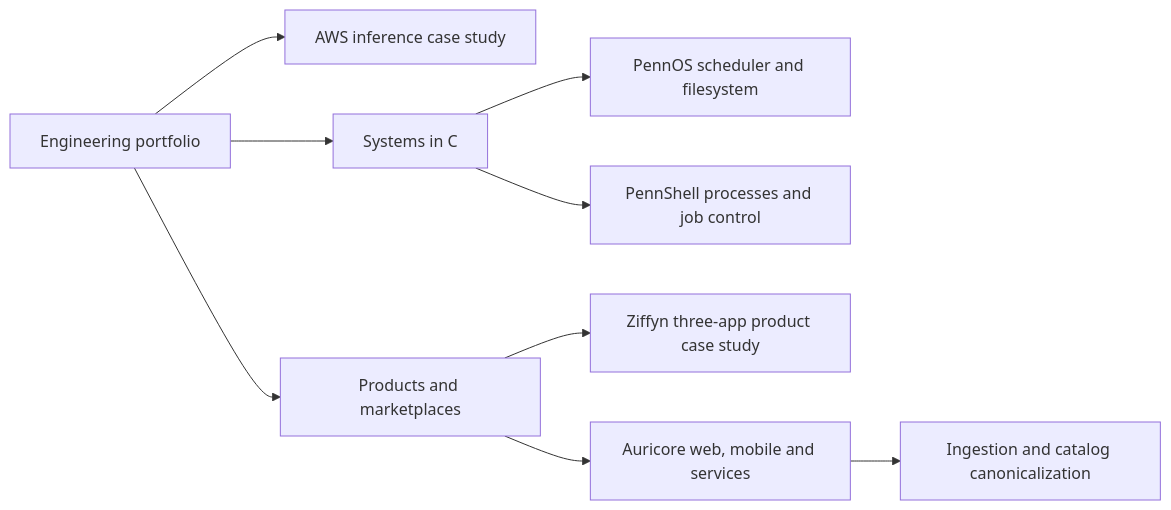
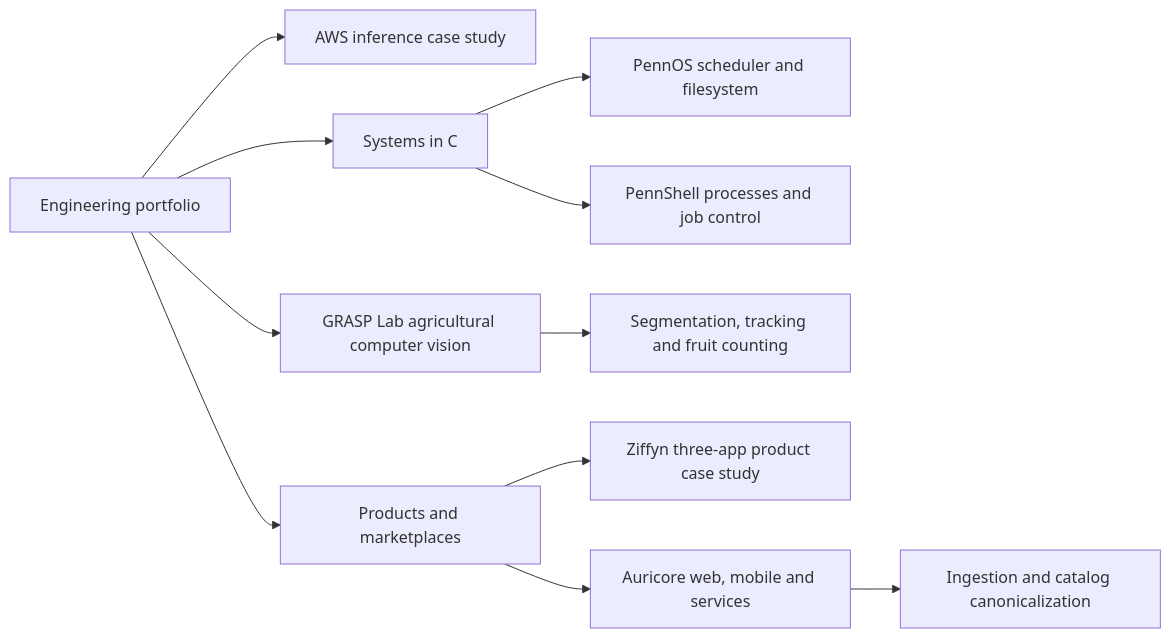
The diagram in README.md (Jaiashar/Jaiashar), drawn with Mermaid before and after one commit. The commit also changed other lines of this file and 1 other file, not shown here.

Commit message:
Feature GRASP Lab computer vision and fruit-counting research

````diff
--- a/README.md
+++ b/README.md
@@ -26,11 +34,13 @@
 ```mermaid
 flowchart LR
     Work[Engineering portfolio] --> Infra[AWS inference case study]
     Work --> Systems[Systems in C]
     Systems --> OS[PennOS scheduler and filesystem]
     Systems --> Shell[PennShell processes and job control]
+    Work --> Research[GRASP Lab agricultural computer vision]
+    Research --> Vision[Segmentation, tracking and fruit counting]
     Work --> Products[Products and marketplaces]
     Products --> Ziffyn[Ziffyn three-app product case study]
     Products --> Auricore[Auricore web, mobile and services]
     Auricore --> Data[Ingestion and catalog canonicalization]
 ```
````
